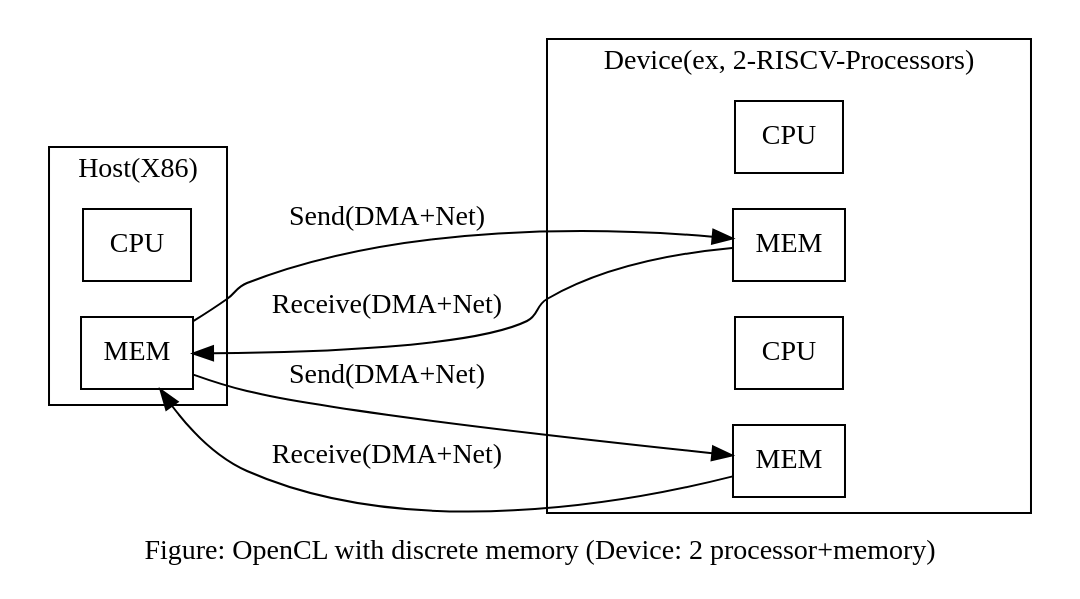
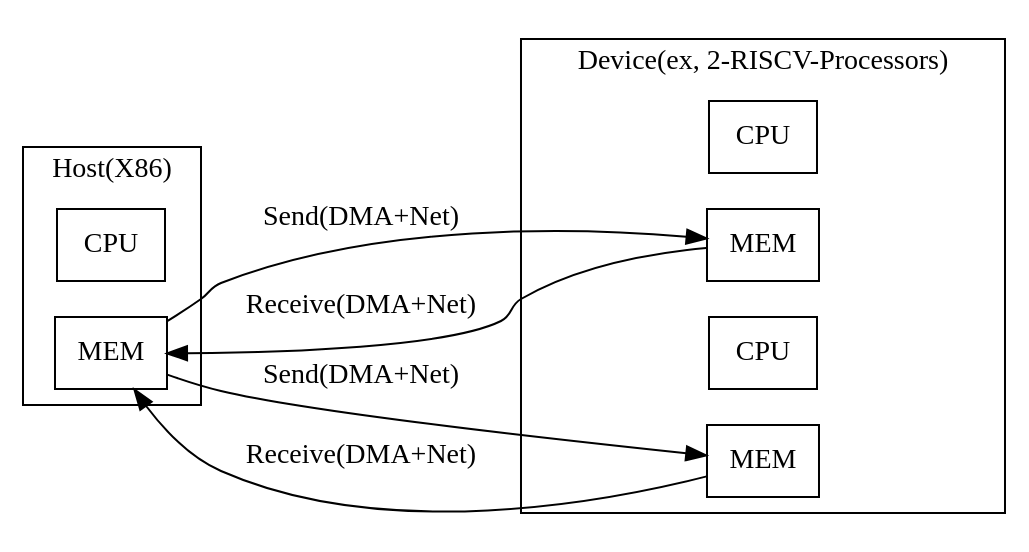
One commit to Jonathan2251/lbt changed the diagram in Fig/pocl/opencl.gv. Above: the diagram before and after it, drawn with Graphviz. The commit also changed 7 other files, not shown here.

```diff
--- a/Fig/pocl/opencl.gv
+++ b/Fig/pocl/opencl.gv
@@ -1,23 +1,23 @@
 digraph G {
   rankdir=LR;
   subgraph cluster0 {
     label = "Host(X86)";
     node [shape=box,style=nofilled,color=black]; X86 [label="CPU"];
     node [shape=box,style=nofilled,color=black]; HMem [label="MEM"];
   }
   subgraph cluster1 {
     label = "Device(ex, 2-RISCV-Processors)";
     node [shape=box,style=nofilled,color=black]; RISCV1 [label="CPU"];
     node [shape=box,style=nofilled,color=black]; DMem1 [label="MEM"];
     node [shape=box,style=nofilled,color=black]; RISCV2 [label="CPU"];
     node [shape=box,style=nofilled,color=black]; DMem2 [label="MEM"];
   }
 
   HMem -> DMem1 [label="Send(DMA+Net)"];
   DMem1 -> HMem [label="Receive(DMA+Net)"];
 
   HMem -> DMem2 [label="Send(DMA+Net)"];
   DMem2 -> HMem [label="Receive(DMA+Net)"];
 
-  label = "Figure: OpenCL with discrete memory (Device: 2 processor+memory)";
+//  label = "Figure: OpenCL with discrete memory (Device: 2 processor+memory)";
 }
```
